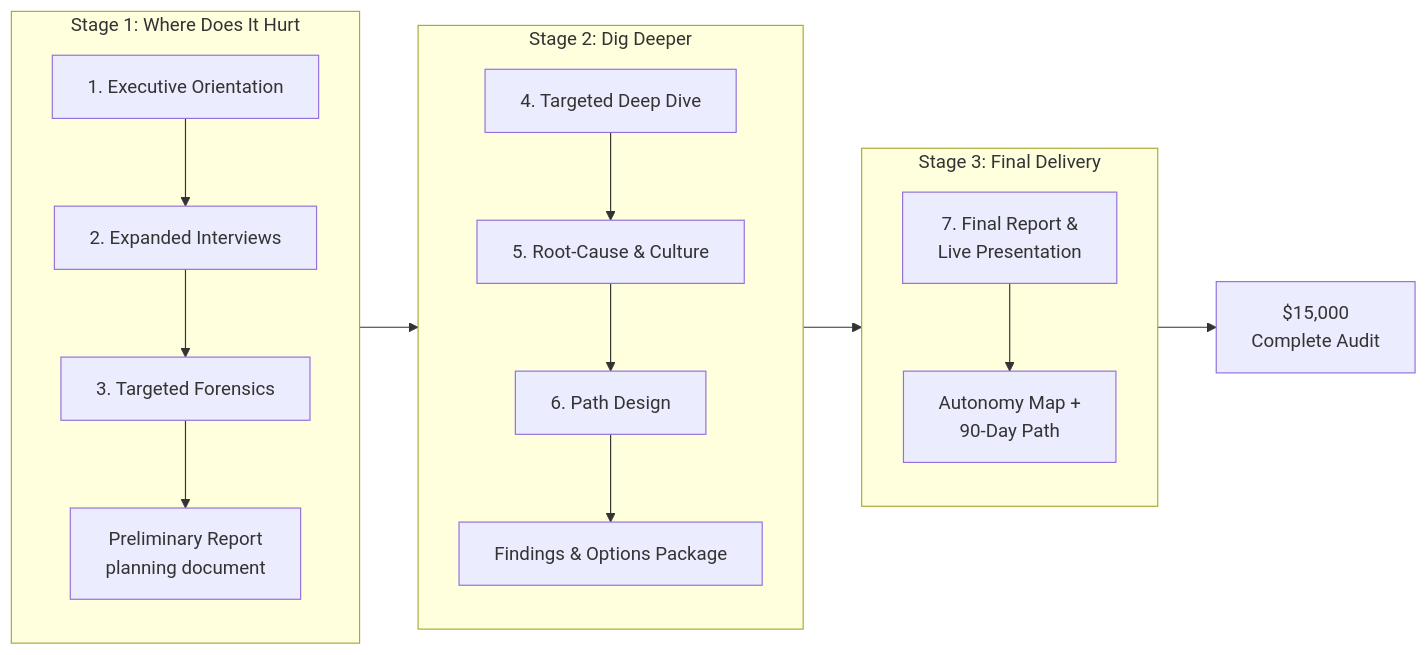
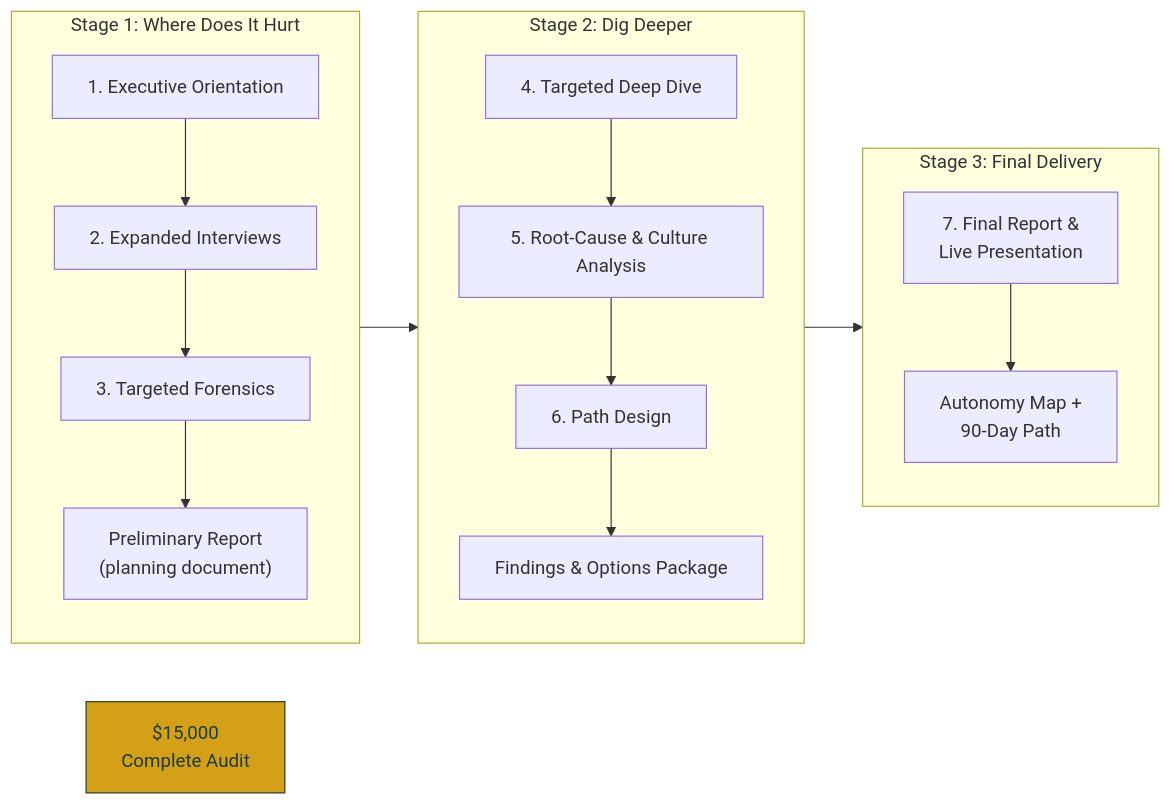
The diagram in docs/cao-audit-process-diagram.md (briankeithacorn/realbriankeith), drawn with Mermaid before and after one commit. The commit also changed other lines of this file, not shown here.

Commit message:
Fix CAO audit diagram to match locked 3-stage 7-step structure exactly

````diff
--- a/docs/cao-audit-process-diagram.md
+++ b/docs/cao-audit-process-diagram.md
@@ -5,32 +5,32 @@
 ```mermaid
 flowchart LR
-    subgraph S1[Stage 1: Where Does It Hurt]
+    subgraph S1["Stage 1: Where Does It Hurt"]
         direction TB
-        S1A[1. Executive Orientation]
-        S1B[2. Expanded Interviews]
-        S1C[3. Targeted Forensics]
-        S1D[Preliminary Report<br/>planning document]
-        S1A --> S1B --> S1C --> S1D
+        S1_1["1. Executive Orientation"]
+        S1_2["2. Expanded Interviews"]
+        S1_3["3. Targeted Forensics"]
+        S1_D["Preliminary Report<br/>(planning document)"]
+        S1_1 --> S1_2 --> S1_3 --> S1_D
     end
-    
-    subgraph S2[Stage 2: Dig Deeper]
+
+    subgraph S2["Stage 2: Dig Deeper"]
         direction TB
-        S2A[4. Targeted Deep Dive]
-        S2B[5. Root-Cause & Culture]
-        S2C[6. Path Design]
-        S2D[Findings & Options Package]
-        S2A --> S2B --> S2C --> S2D
+        S2_4["4. Targeted Deep Dive"]
+        S2_5["5. Root-Cause & Culture Analysis"]
+        S2_6["6. Path Design"]
+        S2_D["Findings & Options Package"]
+        S2_4 --> S2_5 --> S2_6 --> S2_D
     end
-    
-    subgraph S3[Stage 3: Final Delivery]
+
+    subgraph S3["Stage 3: Final Delivery"]
         direction TB
-        S3A[7. Final Report &<br/>Live Presentation]
-        S3B[Autonomy Map +<br/>90-Day Path]
-        S3A --> S3B
+        S3_7["7. Final Report &<br/>Live Presentation"]
+        S3_D["Autonomy Map +<br/>90-Day Path"]
+        S3_7 --> S3_D
     end
-    
+
     S1 --> S2 --> S3
-    
+
     PRICE["$15,000<br/>Complete Audit"]
-    S3 --> PRICE
+    style PRICE fill:#D4A017,stroke:#1A3C34,color:#1A3C34
 ```
````
